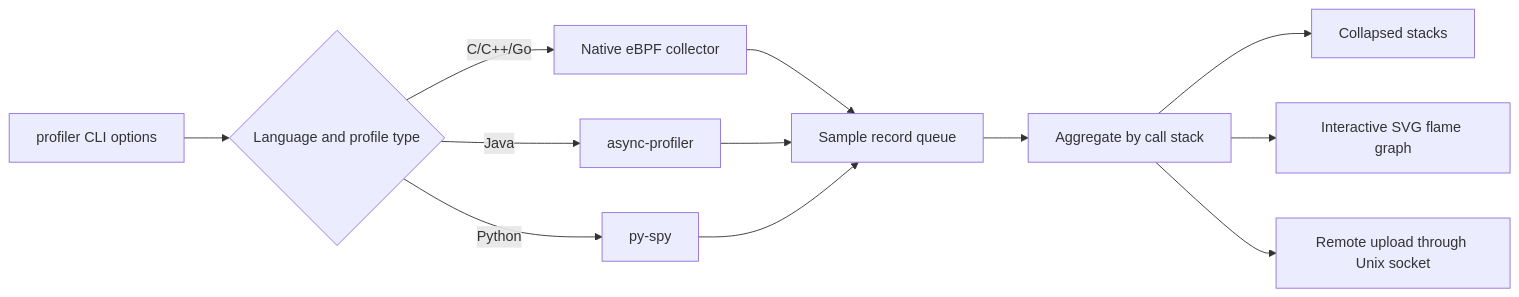
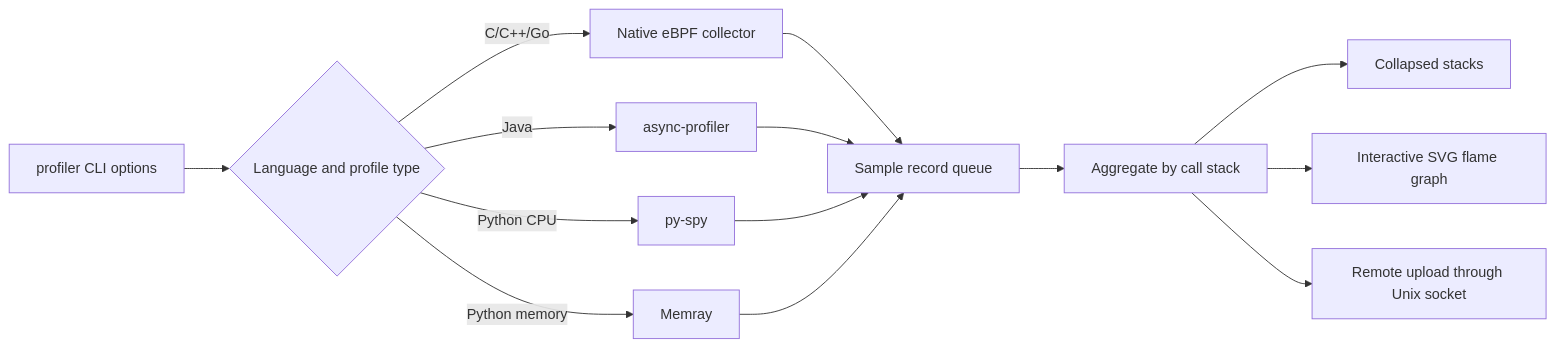
One commit to ccfos/huatuo changed the diagram in docs/key-feature/continuous-profiling_en.md. Above: the diagram before and after it, drawn with Mermaid. The commit also changed other lines of this file and 3 other files, not shown here.

First line of the commit message:
feat(profiler): document Python memory profiling

````diff
--- a/docs/key-feature/continuous-profiling_en.md
+++ b/docs/key-feature/continuous-profiling_en.md
@@ -690,14 +761,16 @@
 ```mermaid
 flowchart LR
     CLI[profiler CLI options] --> Select{Language and profile type}
     Select -->|C/C++/Go| Native[Native eBPF collector]
     Select -->|Java| Java[async-profiler]
-    Select -->|Python| Python[py-spy]
+    Select -->|Python CPU| PythonCPU[py-spy]
+    Select -->|Python memory| PythonMemory[Memray]
     Native --> Queue[Sample record queue]
     Java --> Queue
-    Python --> Queue
+    PythonCPU --> Queue
+    PythonMemory --> Queue
     Queue --> Aggregate[Aggregate by call stack]
     Aggregate --> Folded[Collapsed stacks]
     Aggregate --> SVG[Interactive SVG flame graph]
     Aggregate --> Remote[Remote upload through Unix socket]
 ```
````
